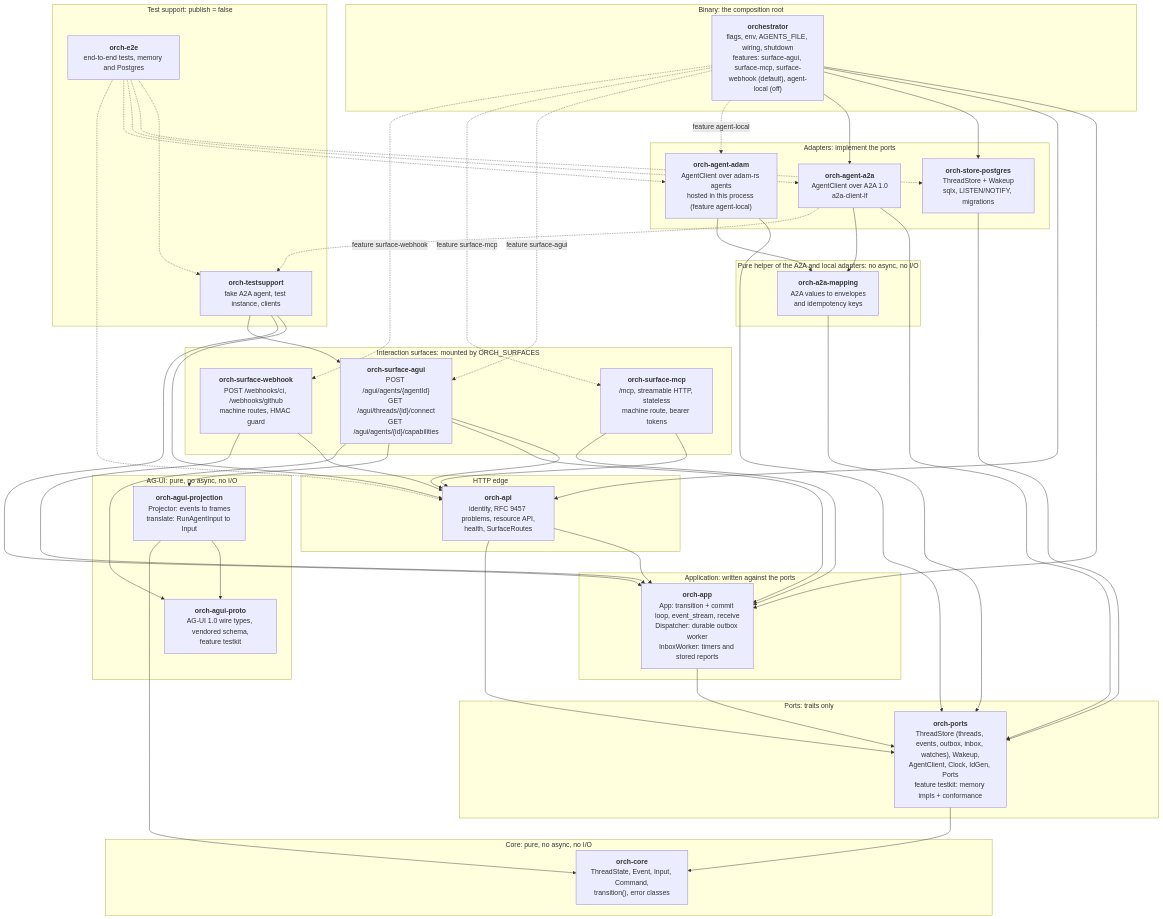
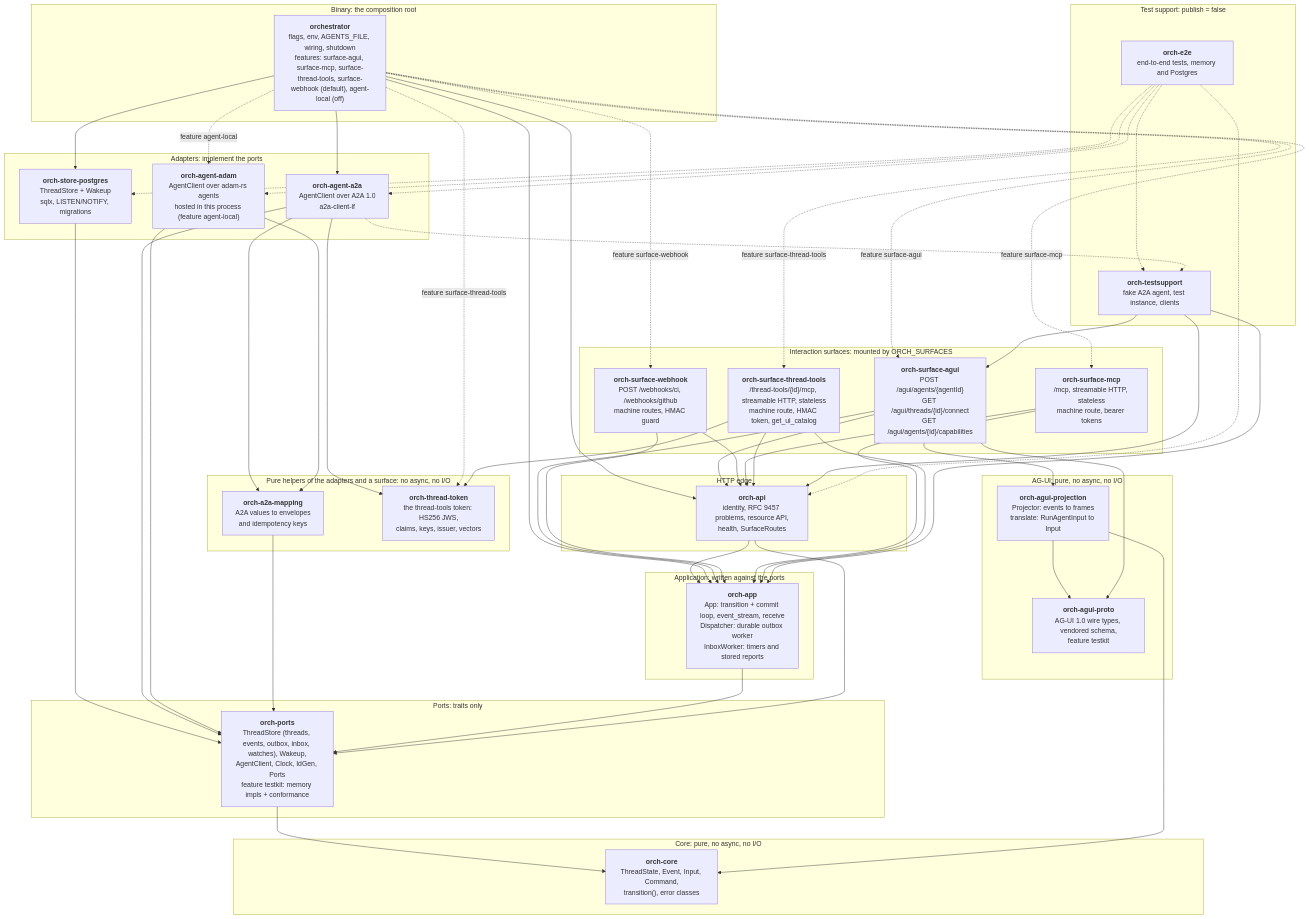
Before and after one commit to vymalo/another-agentic-system: the first of 24 diagrams in docs/orchestrator.md, drawn with Mermaid. The commit also changed other lines of this file and 84 other files, not shown here.

First line of the commit message:
feat: thread tools — a per-thread MCP endpoint with get_ui_catalog, granted to agents under thread-tools/v1 (#74)

```diff
--- a/docs/orchestrator.md
+++ b/docs/orchestrator.md
@@ -87,8 +87,9 @@
     a2a["<b>orch-agent-a2a</b><br/>AgentClient over A2A 1.0<br/>a2a-client-lf"]
     adam["<b>orch-agent-adam</b><br/>AgentClient over adam-rs agents<br/>hosted in this process (feature agent-local)"]
   end
-  subgraph G_MAP["Pure helper of the A2A and local adapters: no async, no I/O"]
+  subgraph G_MAP["Pure helpers of the adapters and a surface: no async, no I/O"]
     a2amap["<b>orch-a2a-mapping</b><br/>A2A values to envelopes<br/>and idempotency keys"]
+    token["<b>orch-thread-token</b><br/>the thread-tools token: HS256 JWS,<br/>claims, keys, issuer, vectors"]
   end
   subgraph G_APP["Application: written against the ports"]
     app["<b>orch-app</b><br/>App: transition + commit loop, event_stream, receive<br/>Dispatcher: durable outbox worker<br/>InboxWorker: timers and stored reports"]
@@ -100,13 +101,14 @@
     surfagui["<b>orch-surface-agui</b><br/>POST /agui/agents/{agentId}<br/>GET /agui/threads/{id}/connect<br/>GET /agui/agents/{id}/capabilities"]
     surfwh["<b>orch-surface-webhook</b><br/>POST /webhooks/ci, /webhooks/github<br/>machine routes, HMAC guard"]
     surfmcp["<b>orch-surface-mcp</b><br/>/mcp, streamable HTTP, stateless<br/>machine route, bearer tokens"]
+    surftt["<b>orch-surface-thread-tools</b><br/>/thread-tools/{id}/mcp, streamable HTTP, stateless<br/>machine route, HMAC token, get_ui_catalog"]
   end
   subgraph G_AGUI["AG-UI: pure, no async, no I/O"]
     proto["<b>orch-agui-proto</b><br/>AG-UI 1.0 wire types, vendored schema,<br/>feature testkit"]
     proj["<b>orch-agui-projection</b><br/>Projector: events to frames<br/>translate: RunAgentInput to Input"]
   end
   subgraph G_BIN["Binary: the composition root"]
-    bin["<b>orchestrator</b><br/>flags, env, AGENTS_FILE, wiring, shutdown<br/>features: surface-agui, surface-mcp, surface-webhook (default), agent-local (off)"]
+    bin["<b>orchestrator</b><br/>flags, env, AGENTS_FILE, wiring, shutdown<br/>features: surface-agui, surface-mcp, surface-thread-tools, surface-webhook (default), agent-local (off)"]
   end
   subgraph G_TEST["Test support: publish = false"]
     ts["<b>orch-testsupport</b><br/>fake A2A agent, test instance, clients"]
@@ -117,6 +119,7 @@
   pg --> ports
   a2a --> ports
   a2a --> a2amap
+  a2a --> token
   adam --> ports
   adam --> a2amap
   a2amap --> ports
@@ -132,6 +135,8 @@
   bin -. "feature agent-local" .-> adam
   bin -. "feature surface-agui" .-> surfagui
   bin -. "feature surface-mcp" .-> surfmcp
+  bin -. "feature surface-thread-tools" .-> surftt
+  bin -. "feature surface-thread-tools" .-> token
   surfagui --> api
   surfagui --> app
   surfagui --> proj
@@ -140,6 +145,9 @@
   surfwh --> app
   surfmcp --> api
   surfmcp --> app
+  surftt --> api
+  surftt --> app
+  surftt --> token
   bin -. "feature surface-webhook" .-> surfwh
   ts --> api
   ts --> app
```
